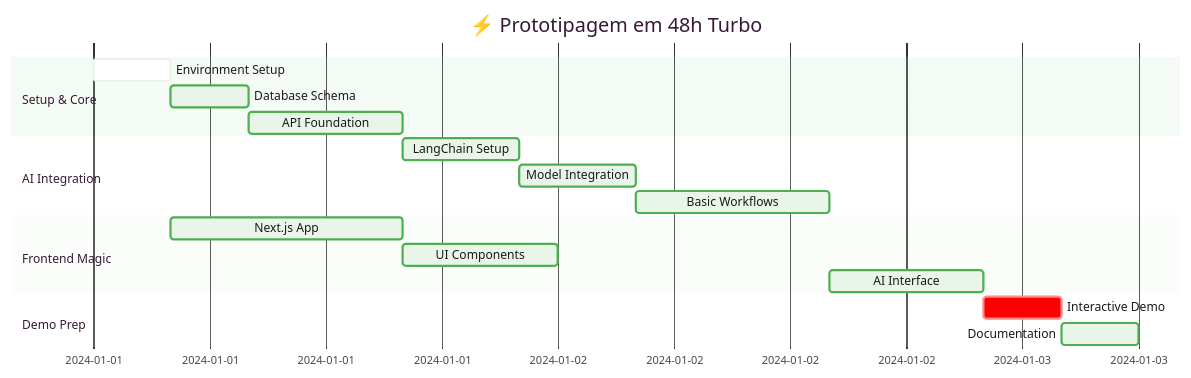
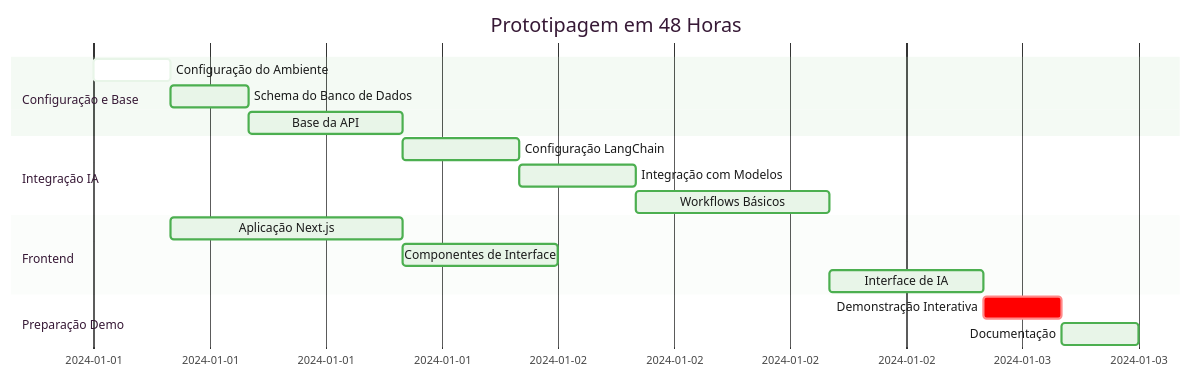
One commit to solanisdev/solar changed the sixth of 20 diagrams in README.md. Above: the diagram before and after it, drawn with Mermaid. The commit also changed other lines of this file, not shown here.

````diff
--- a/README.md
+++ b/README.md
@@ -218,21 +214,21 @@
 ```mermaid
 %%{init: {'theme':'base', 'themeVariables': {'primaryColor':'#E8F5E8','primaryTextColor':'#1a1a1a','primaryBorderColor':'#4CAF50','lineColor':'#4CAF50','secondaryColor':'#A5D6A7','tertiaryColor':'#C8E6C9'}}}%%
 gantt
-    title ⚡ Prototipagem em 48h Turbo
+    title Prototipagem em 48 Horas
     dateFormat  YYYY-MM-DD
-    section Setup & Core
-    Environment Setup    :active, setup, 2024-01-01, 4h
-    Database Schema      :db, after setup, 4h
-    API Foundation       :api, after db, 8h
-    section AI Integration
-    LangChain Setup      :lc, after api, 6h
-    Model Integration    :model, after lc, 6h
-    Basic Workflows      :flow, after model, 10h
-    section Frontend Magic
-    Next.js App          :next, after setup, 12h
-    UI Components        :ui, after next, 8h
-    AI Interface         :ai-ui, after flow, 8h
-    section Demo Prep
-    Interactive Demo     :crit, demo, after ai-ui, 4h
-    Documentation        :docs, after demo, 4h
+    section Configuração e Base
+    Configuração do Ambiente    :active, setup, 2024-01-01, 4h
+    Schema do Banco de Dados      :db, after setup, 4h
+    Base da API       :api, after db, 8h
+    section Integração IA
+    Configuração LangChain      :lc, after api, 6h
+    Integração com Modelos    :model, after lc, 6h
+    Workflows Básicos      :flow, after model, 10h
+    section Frontend
+    Aplicação Next.js          :next, after setup, 12h
+    Componentes de Interface        :ui, after next, 8h
+    Interface de IA         :ai-ui, after flow, 8h
+    section Preparação Demo
+    Demonstração Interativa     :crit, demo, after ai-ui, 4h
+    Documentação        :docs, after demo, 4h
 ```
````
